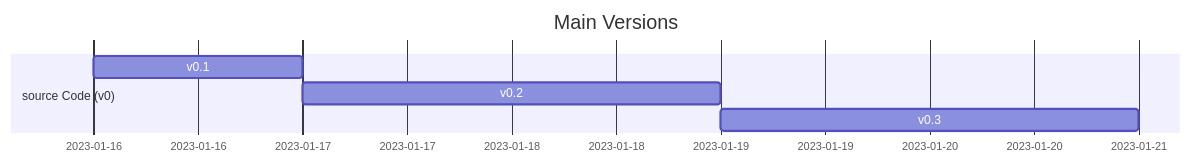
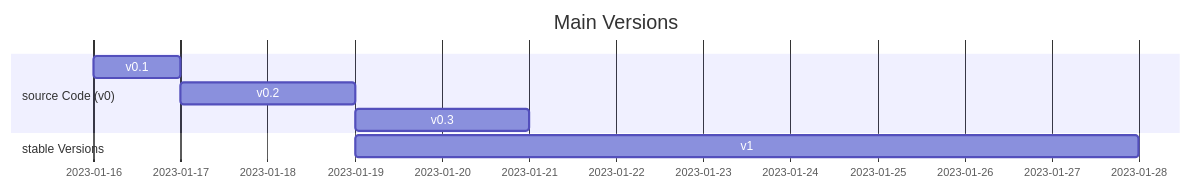
One commit to cognitivefactory/twitter-scraper changed the diagram in README.md. Above: the diagram before and after it, drawn with Mermaid. The commit also changed other lines of this file, not shown here.

````diff
--- a/README.md
+++ b/README.md
@@ -76,10 +76,13 @@
 ```mermaid
 gantt
     title Main Versions
     dateFormat YYYY-MM-DD
 
     section source Code (v0)
     v0.1 : 2023-01-16, 1d
     v0.2 :             2d
     v0.3 :             2d
+
+    section stable Versions
+    v1   : 2023-01-19, 9d
 ```
````
